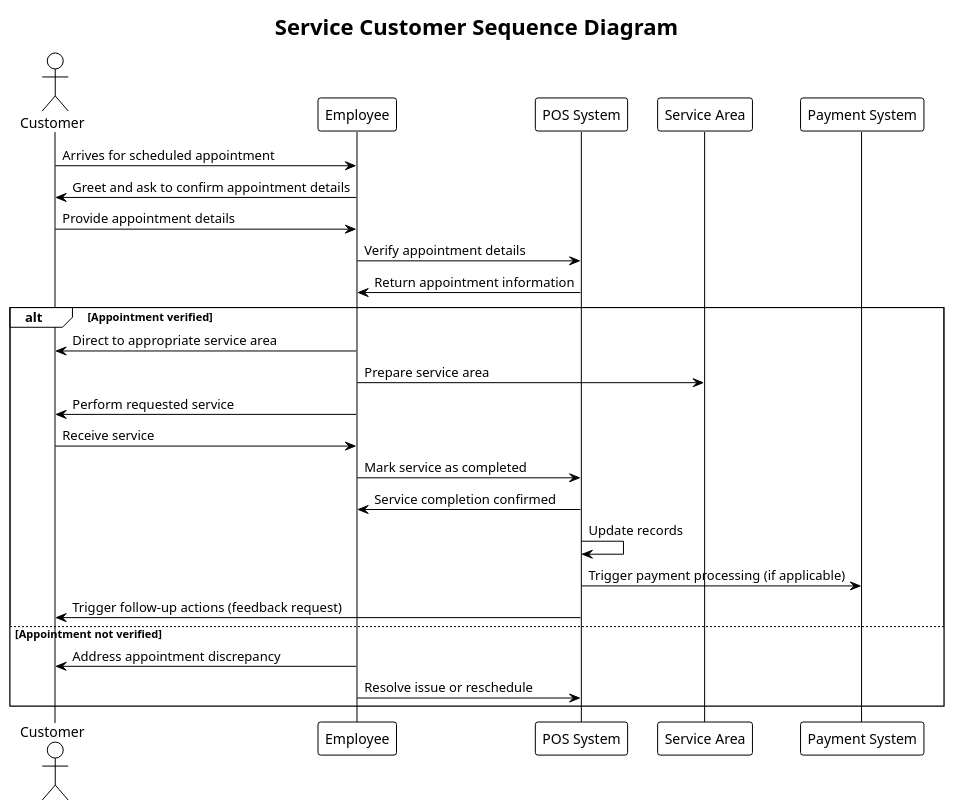
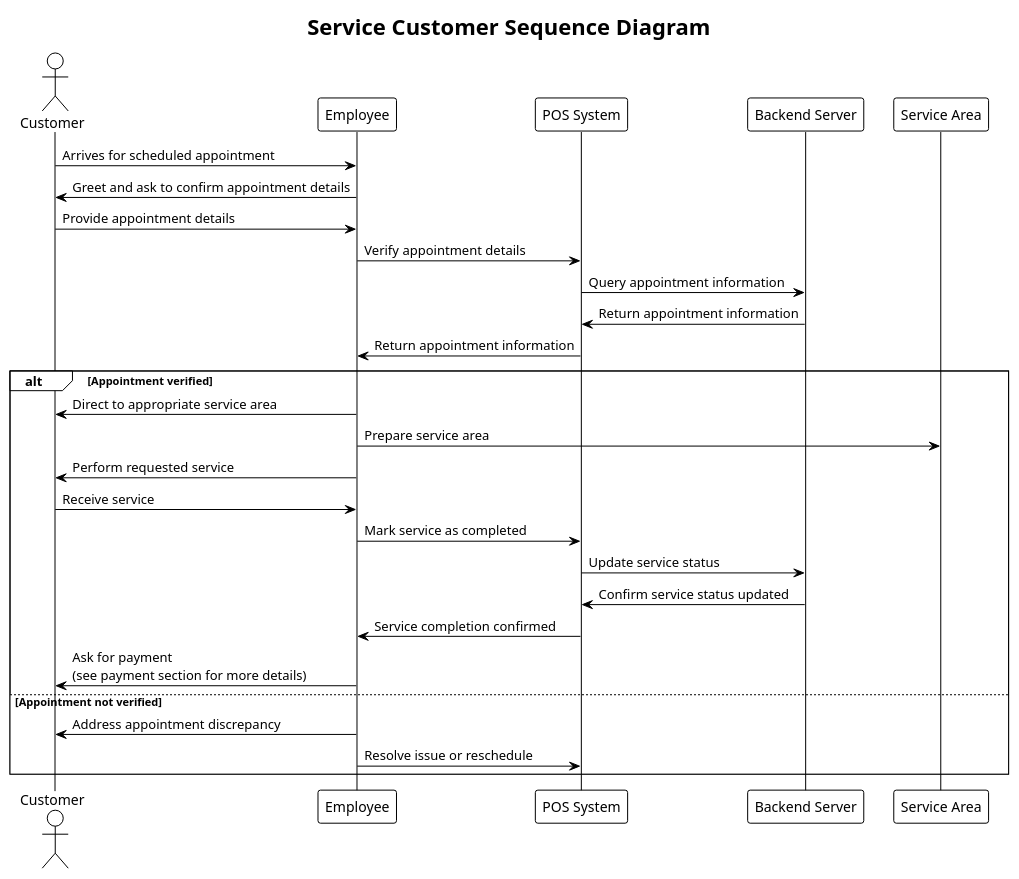
The diagram in docs/ps-design/design-document/diagrams/services/service_customer_sequence.puml (user5427/ps-design), drawn with PlantUML before and after one commit. The commit also changed 6 other files, not shown here.

Commit message:
Refactor service payment process in documentation and update sequence diagrams

```diff
--- a/docs/ps-design/design-document/diagrams/services/service_customer_sequence.puml
+++ b/docs/ps-design/design-document/diagrams/services/service_customer_sequence.puml
@@ -1,32 +1,34 @@
 @startuml service_customer_sequence
 !theme plain
 title Service Customer Sequence Diagram
 
 actor Customer
 participant Employee
 participant "POS System" as POS
+participant "Backend Server" as Backend
 participant "Service Area" as Service
-participant "Payment System" as Payment
 
 Customer -> Employee: Arrives for scheduled appointment
 Employee -> Customer: Greet and ask to confirm appointment details
 Customer -> Employee: Provide appointment details
 Employee -> POS: Verify appointment details
+POS -> Backend: Query appointment information
+Backend -> POS: Return appointment information
 POS -> Employee: Return appointment information
 
 alt Appointment verified
   Employee -> Customer: Direct to appropriate service area
   Employee -> Service: Prepare service area
   Employee -> Customer: Perform requested service
   Customer -> Employee: Receive service
   Employee -> POS: Mark service as completed
+  POS -> Backend: Update service status
+  Backend -> POS: Confirm service status updated
   POS -> Employee: Service completion confirmed
-  POS -> POS: Update records
-  POS -> Payment: Trigger payment processing (if applicable)
-  POS -> Customer: Trigger follow-up actions (feedback request)
+  Employee -> Customer: Ask for payment \n(see payment section for more details)
 else Appointment not verified
   Employee -> Customer: Address appointment discrepancy
   Employee -> POS: Resolve issue or reschedule
 end
 
 @enduml
```
